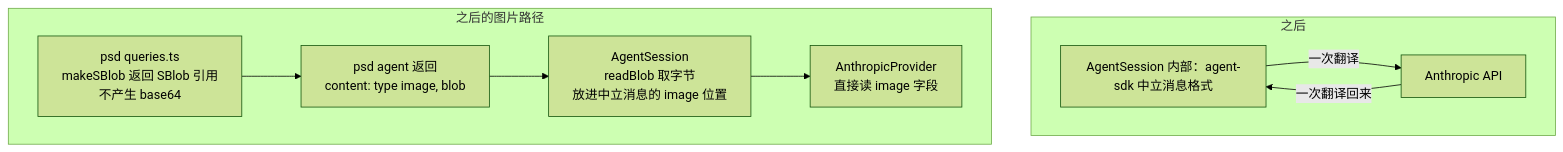
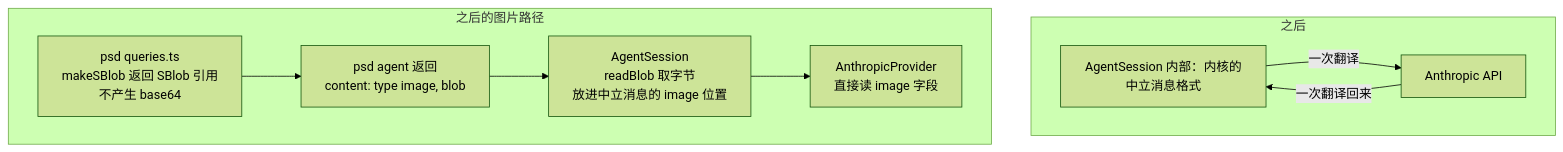
Before and after one commit to shazhou-ww/unidocs: the eighth of 15 diagrams in docs/superpowers/specs/2026-08-26-agent-sdk-design.md, drawn with Mermaid (forest theme). The commit also changed other lines of this file, not shown here.

First line of the commit message:
docs(agent-sdk): 不新建包,内核放 doctype-server-common/src/agent/

````diff
--- a/docs/superpowers/specs/2026-08-26-agent-sdk-design.md
+++ b/docs/superpowers/specs/2026-08-26-agent-sdk-design.md
@@ -486,13 +541,13 @@
 ```mermaid
 flowchart TB
     subgraph after["之后"]
-        T1["AgentSession 内部：agent-sdk 中立消息格式"] -->|"一次翻译"| T2["Anthropic API"]
+        T1["AgentSession 内部：内核的中立消息格式"] -->|"一次翻译"| T2["Anthropic API"]
         T2 -->|"一次翻译回来"| T1
     end
 
     subgraph afterimg["之后的图片路径"]
         J1["psd queries.ts<br/>makeSBlob 返回 SBlob 引用<br/>不产生 base64"] --> J2["psd agent 返回<br/>content: type image, blob"]
         J2 --> J3["AgentSession<br/>readBlob 取字节<br/>放进中立消息的 image 位置"]
         J3 --> J4["AnthropicProvider<br/>直接读 image 字段"]
     end
 ```
````
